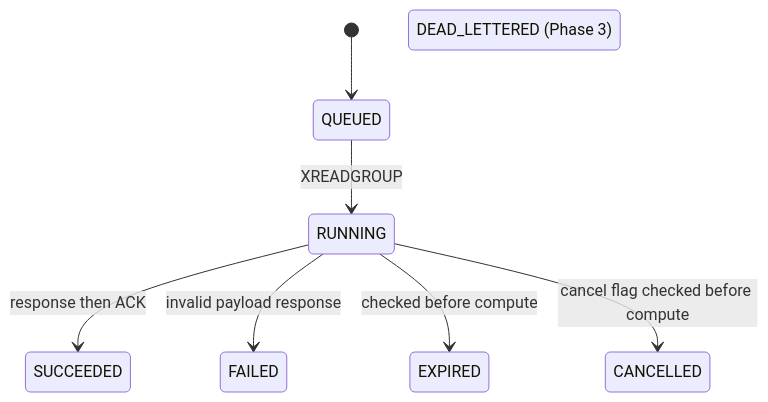
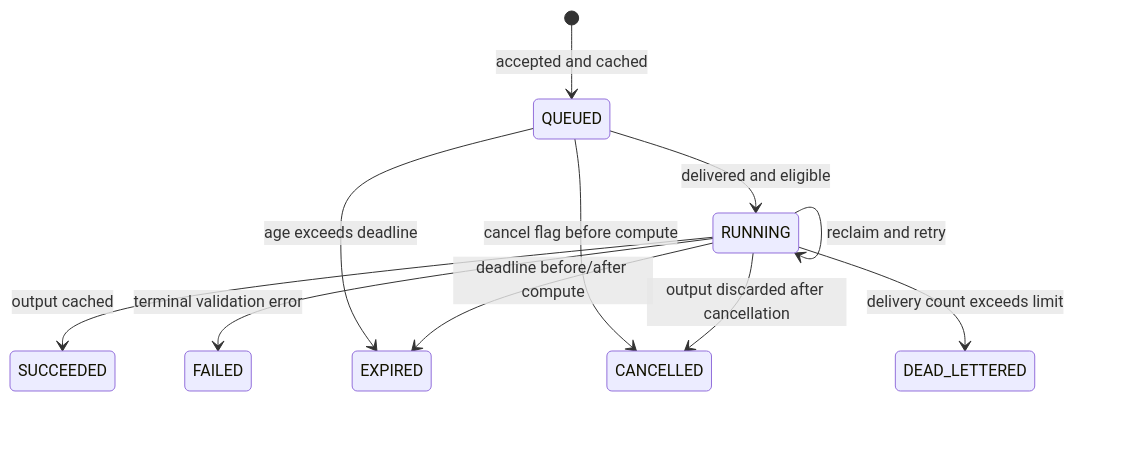
The third of 5 diagrams in docs/ARCHITECTURE.md (aashikazim/distributed-ml-Inference), drawn with Mermaid before and after one commit. The commit also changed other lines of this file and 15 other files, not shown here.

````diff
--- a/docs/ARCHITECTURE.md
+++ b/docs/ARCHITECTURE.md
@@ -77,10 +89,13 @@
 ```mermaid
 stateDiagram-v2
-    [*] --> QUEUED
-    QUEUED --> RUNNING: XREADGROUP
-    RUNNING --> SUCCEEDED: response then ACK
-    RUNNING --> FAILED: invalid payload response
-    RUNNING --> EXPIRED: checked before compute
-    RUNNING --> CANCELLED: cancel flag checked before compute
-    state "DEAD_LETTERED (Phase 3)" as DEAD_LETTERED
+    [*] --> QUEUED: accepted and cached
+    QUEUED --> RUNNING: delivered and eligible
+    RUNNING --> SUCCEEDED: output cached
+    RUNNING --> FAILED: terminal validation error
+    RUNNING --> RUNNING: reclaim and retry
+    QUEUED --> EXPIRED: age exceeds deadline
+    RUNNING --> EXPIRED: deadline before/after compute
+    QUEUED --> CANCELLED: cancel flag before compute
+    RUNNING --> CANCELLED: output discarded after cancellation
+    RUNNING --> DEAD_LETTERED: delivery count exceeds limit
 ```
````
